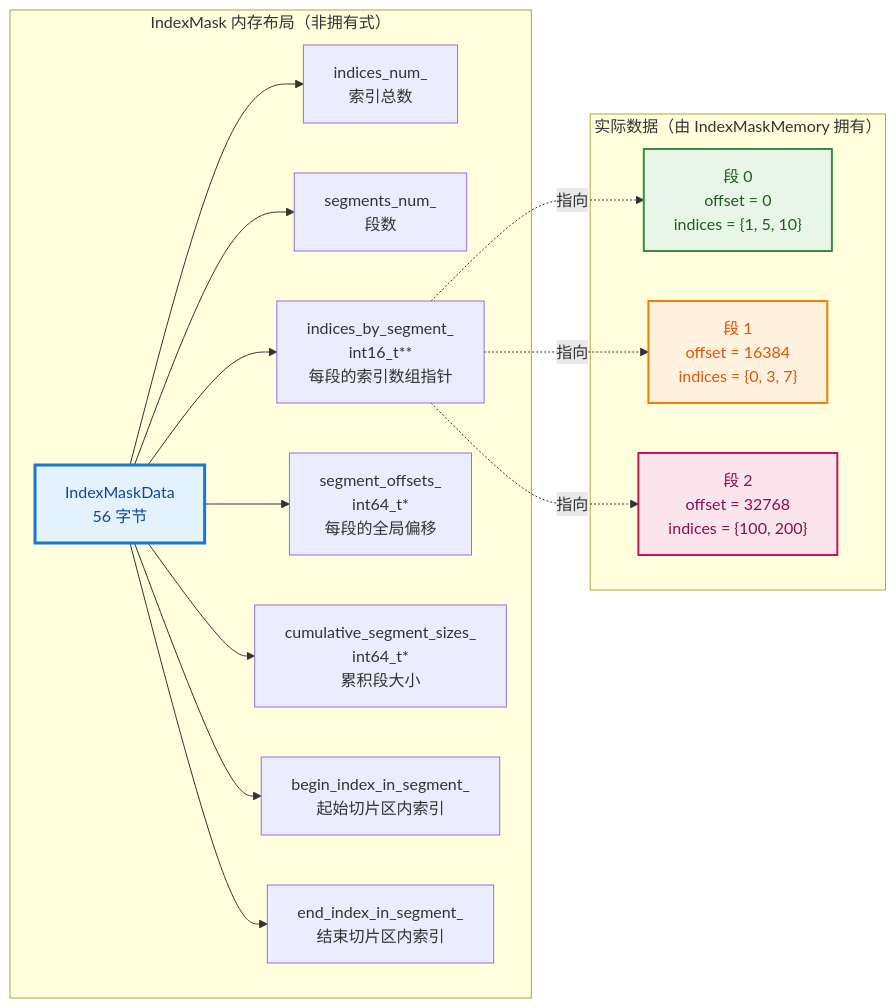
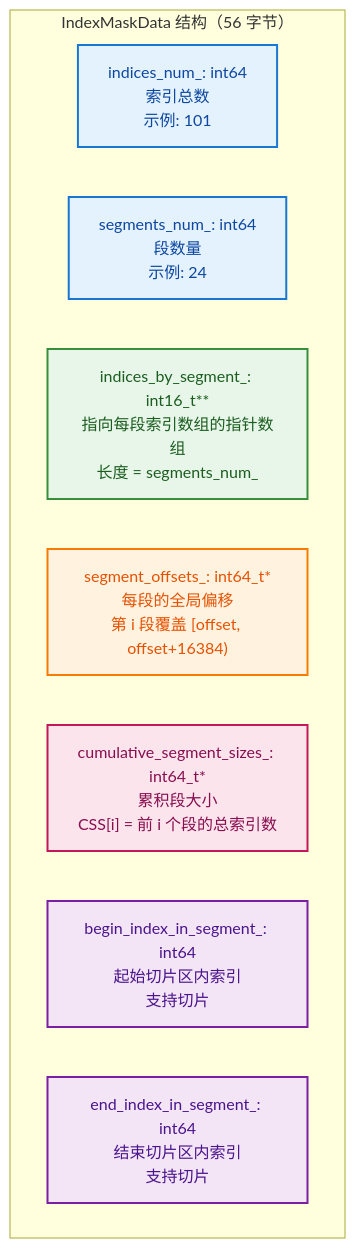
One commit to yunkezengren/blender-.vscode changed the seventh of 23 diagrams in 杂/markdown/学习节点/基础库/04_IndexMask_深度解析.md. Above: the diagram before and after it, drawn with Mermaid. The commit also changed other lines of this file and 1 other file, not shown here.

````diff
--- a/杂/markdown/学习节点/基础库/04_IndexMask_深度解析.md
+++ b/杂/markdown/学习节点/基础库/04_IndexMask_深度解析.md
@@ -346,27 +364,20 @@
 ```mermaid
-flowchart LR
-    subgraph IndexMask内存布局["IndexMask 内存布局（非拥有式）"]
-        DATA["IndexMaskData<br/>56 字节"] --> IN["indices_num_<br/>索引总数"]
-        DATA --> SN["segments_num_<br/>段数"]
-        DATA --> IB["indices_by_segment_<br/>int16_t**<br/>每段的索引数组指针"]
-        DATA --> SO["segment_offsets_<br/>int64_t*<br/>每段的全局偏移"]
-        DATA --> CS["cumulative_segment_sizes_<br/>int64_t*<br/>累积段大小"]
-        DATA --> BI["begin_index_in_segment_<br/>起始切片区内索引"]
-        DATA --> EI["end_index_in_segment_<br/>结束切片区内索引"]
+flowchart TB
+    subgraph IndexMaskData["IndexMaskData 结构（56 字节）"]
+        IN["indices_num_: int64<br/>索引总数<br/>示例: 101"]
+        SN["segments_num_: int64<br/>段数量<br/>示例: 24"]
+        IBS["indices_by_segment_: int16_t**<br/>指向每段索引数组的指针数组<br/>长度 = segments_num_"]
+        SO["segment_offsets_: int64_t*<br/>每段的全局偏移<br/>第 i 段覆盖 [offset, offset+16384)"]
+        CSS["cumulative_segment_sizes_: int64_t*<br/>累积段大小<br/>CSS[i] = 前 i 个段的总索引数"]
+        BIS["begin_index_in_segment_: int64<br/>起始切片区内索引<br/>支持切片"]
+        EIS["end_index_in_segment_: int64<br/>结束切片区内索引<br/>支持切片"]
     end
 
-    subgraph 实际数据["实际数据（由 IndexMaskMemory 拥有）"]
-        S0["段 0<br/>offset = 0<br/>indices = {1, 5, 10}"]
-        S1["段 1<br/>offset = 16384<br/>indices = {0, 3, 7}"]
-        S2["段 2<br/>offset = 32768<br/>indices = {100, 200}"]
-    end
-
-    IB -.->|指向| S0
-    IB -.->|指向| S1
-    IB -.->|指向| S2
-
-    style DATA fill:#e3f2fd,stroke:#1976d2,stroke-width:3px,color:#0d47a1
-    style S0 fill:#e8f5e9,stroke:#388e3c,stroke-width:2px,color:#1b5e20
-    style S1 fill:#fff3e0,stroke:#f57c00,stroke-width:2px,color:#e65100
-    style S2 fill:#fce4ec,stroke:#c2185b,stroke-width:2px,color:#880e4f
+    style IN fill:#e3f2fd,stroke:#1976d2,stroke-width:2px,color:#0d47a1
+    style SN fill:#e3f2fd,stroke:#1976d2,stroke-width:2px,color:#0d47a1
+    style IBS fill:#e8f5e9,stroke:#388e3c,stroke-width:2px,color:#1b5e20
+    style SO fill:#fff3e0,stroke:#f57c00,stroke-width:2px,color:#e65100
+    style CSS fill:#fce4ec,stroke:#c2185b,stroke-width:2px,color:#880e4f
+    style BIS fill:#f3e5f5,stroke:#7b1fa2,stroke-width:2px,color:#4a148c
+    style EIS fill:#f3e5f5,stroke:#7b1fa2,stroke-width:2px,color:#4a148c
 ```
````
